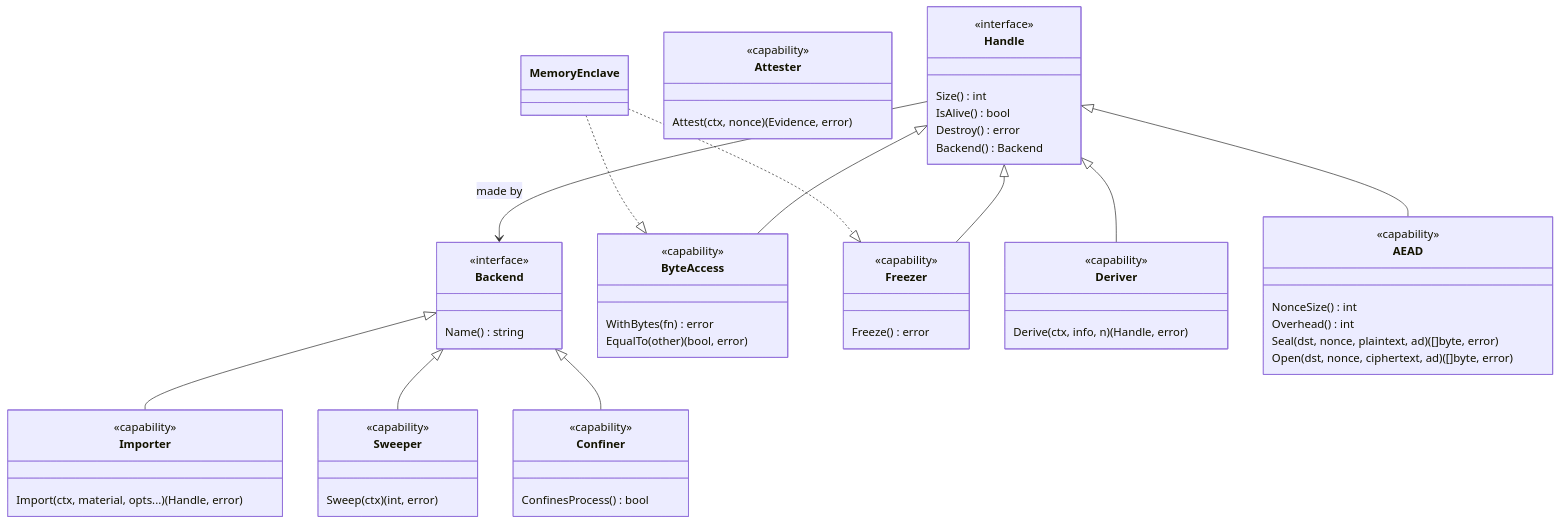
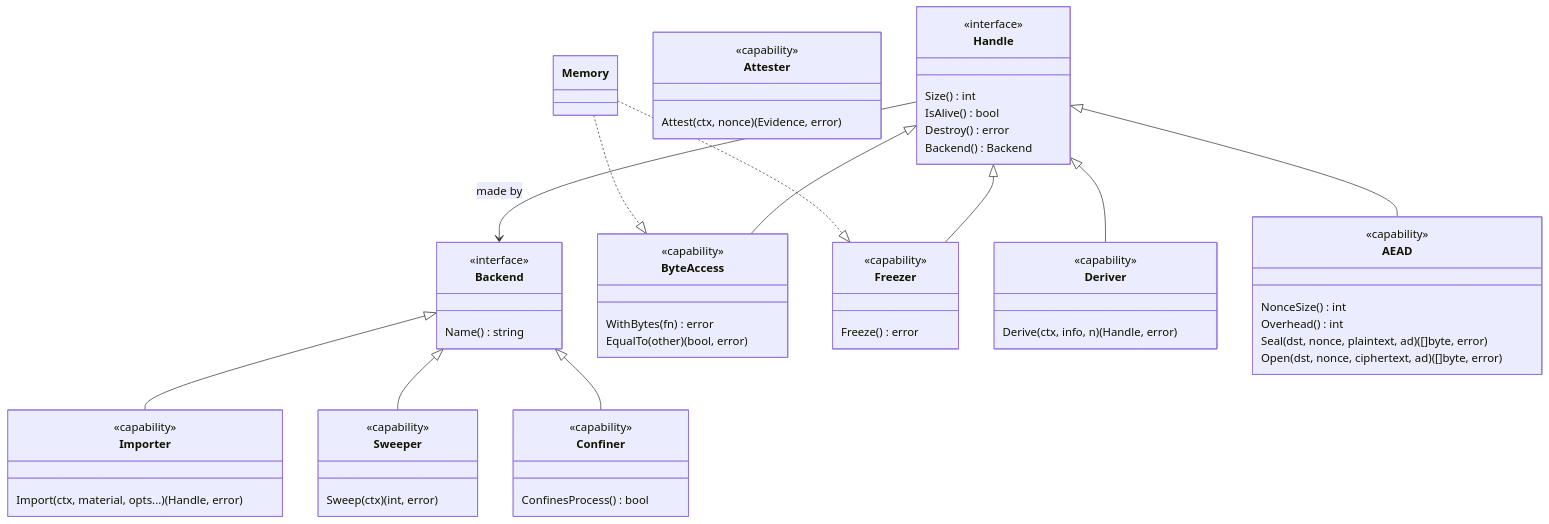
One commit to jeremyhahn/go-enclave changed the diagram in docs/backends/architecture.md. Above: the diagram before and after it, drawn with Mermaid. The commit also changed other lines of this file and 106 other files, not shown here.

Commit message:
refactor!: rename MemoryEnclave, SealedEnclave and OpenWith; add noCopy (#145) (#149)

````diff
--- a/docs/backends/architecture.md
+++ b/docs/backends/architecture.md
@@ -27,60 +27,60 @@
 ```mermaid
 classDiagram
   class Handle {
     <<interface>>
     Size() int
     IsAlive() bool
     Destroy() error
     Backend() Backend
   }
   class Backend {
     <<interface>>
     Name() string
   }
   class ByteAccess {
     <<capability>>
     WithBytes(fn) error
     EqualTo(other) (bool, error)
   }
   class Freezer {
     <<capability>>
     Freeze() error
   }
   class Deriver {
     <<capability>>
     Derive(ctx, info, n) (Handle, error)
   }
   class AEAD {
     <<capability>>
     NonceSize() int
     Overhead() int
     Seal(dst, nonce, plaintext, ad) ([]byte, error)
     Open(dst, nonce, ciphertext, ad) ([]byte, error)
   }
   class Attester {
     <<capability>>
     Attest(ctx, nonce) (Evidence, error)
   }
   class Importer {
     <<capability>>
     Import(ctx, material, opts...) (Handle, error)
   }
   class Sweeper {
     <<capability>>
     Sweep(ctx) (int, error)
   }
   class Confiner {
     <<capability>>
     ConfinesProcess() bool
   }
   Handle <|-- ByteAccess
   Handle <|-- Freezer
   Handle <|-- Deriver
   Handle <|-- AEAD
   Backend <|-- Importer
   Backend <|-- Sweeper
   Backend <|-- Confiner
   Handle --> Backend : made by
-  MemoryEnclave ..|> ByteAccess
-  MemoryEnclave ..|> Freezer
+  Memory ..|> ByteAccess
+  Memory ..|> Freezer
 ```
````
